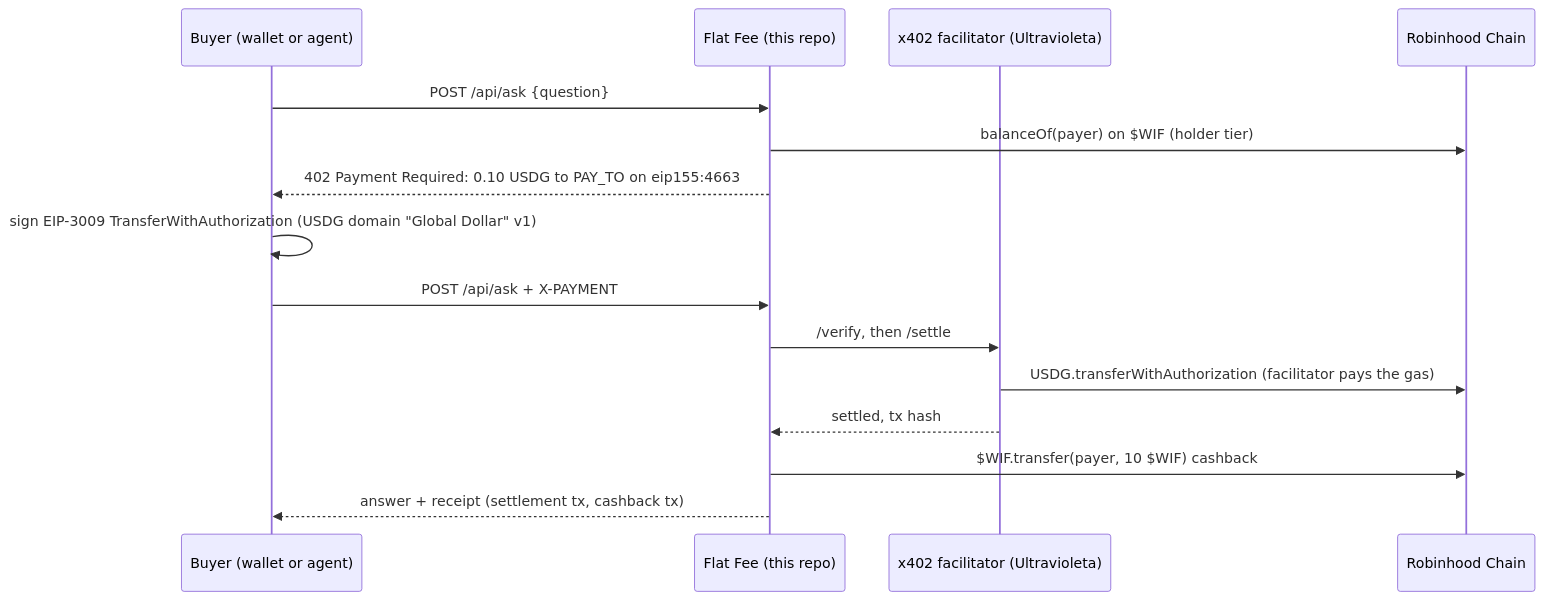
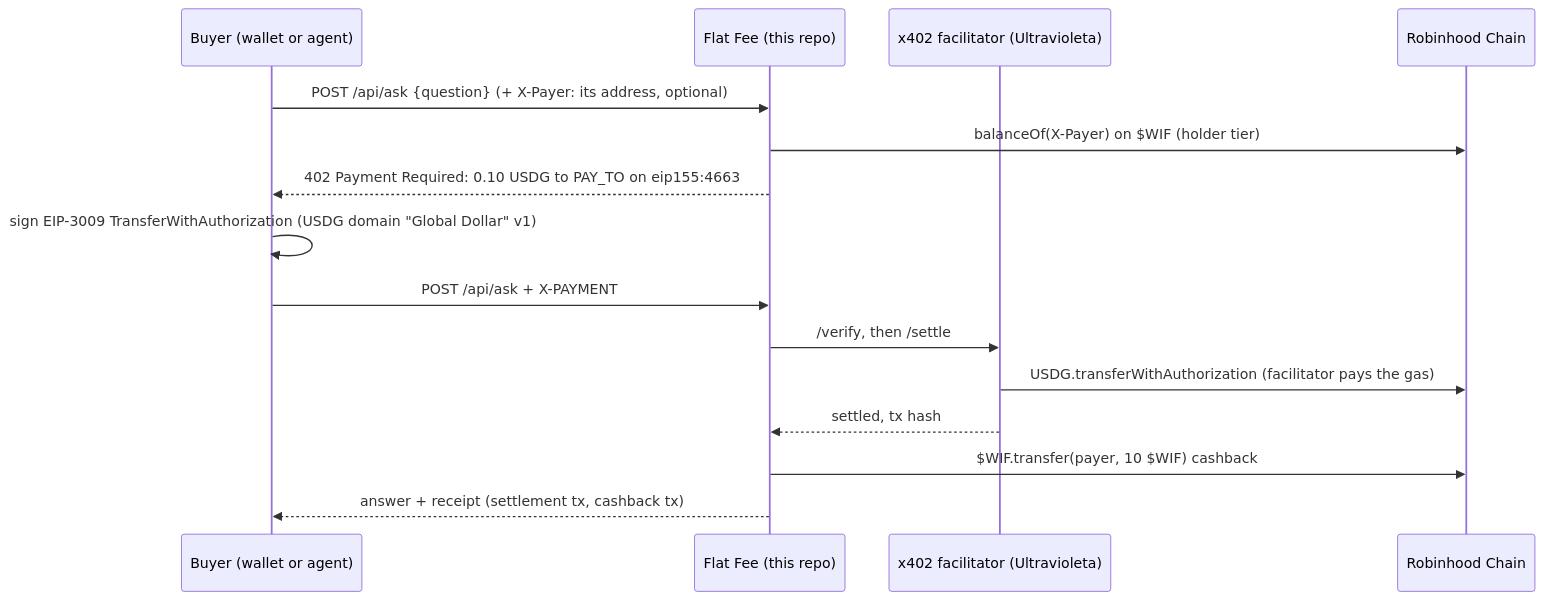
One commit to 0xultravioleta/worldisflat-x402 changed the diagram in README.md. Above: the diagram before and after it, drawn with Mermaid. The commit also changed other lines of this file and 29 other files, not shown here.

````diff
--- a/README.md
+++ b/README.md
@@ -40,17 +47,17 @@
 ```mermaid
 sequenceDiagram
     participant B as Buyer (wallet or agent)
     participant F as Flat Fee (this repo)
     participant X as x402 facilitator (Ultravioleta)
     participant R as Robinhood Chain
-    B->>F: POST /api/ask {question}
-    F->>R: balanceOf(payer) on $WIF (holder tier)
+    B->>F: POST /api/ask {question} (+ X-Payer: its address, optional)
+    F->>R: balanceOf(X-Payer) on $WIF (holder tier)
     F-->>B: 402 Payment Required: 0.10 USDG to PAY_TO on eip155:4663
     B->>B: sign EIP-3009 TransferWithAuthorization (USDG domain "Global Dollar" v1)
     B->>F: POST /api/ask + X-PAYMENT
     F->>X: /verify, then /settle
     X->>R: USDG.transferWithAuthorization (facilitator pays the gas)
     X-->>F: settled, tx hash
     F->>R: $WIF.transfer(payer, 10 $WIF) cashback
     F-->>B: answer + receipt (settlement tx, cashback tx)
 ```
````
